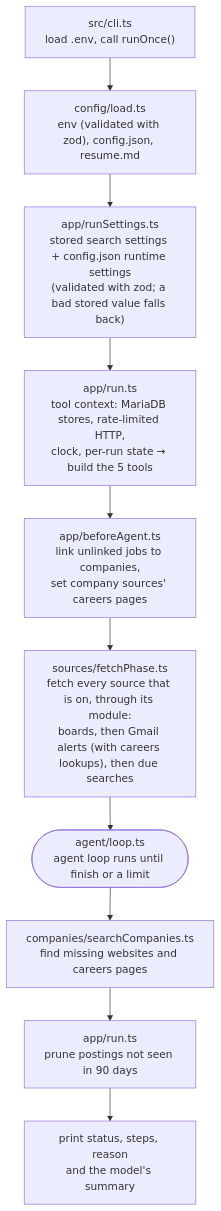
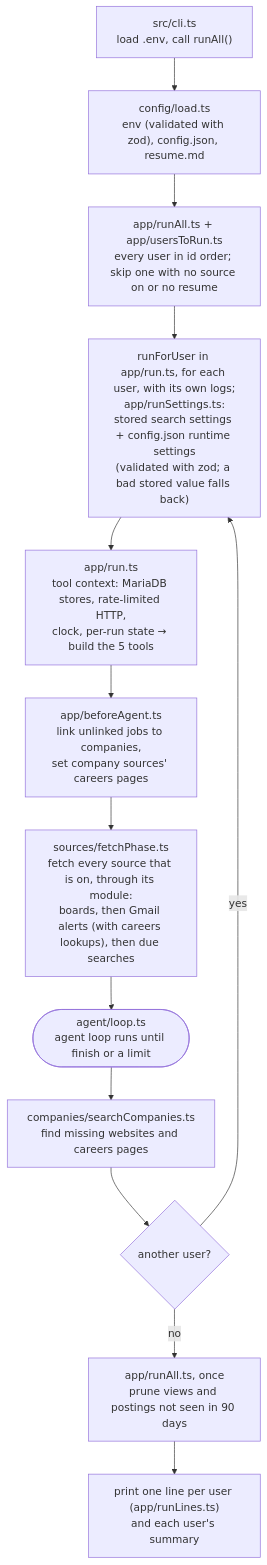
The first of 6 diagrams in docs/how-it-works.md (risingfish/myjobbot), drawn with Mermaid before and after one commit. The commit also changed other lines of this file and 172 other files, not shown here.

First line of the commit message:
Each account's own data (027) (#118)

````diff
--- a/docs/how-it-works.md
+++ b/docs/how-it-works.md
@@ -33,13 +33,16 @@
 ```mermaid
 flowchart TD
-    CLI["src/cli.ts<br/>load .env, call runOnce()"] --> CFG
-    CFG["config/load.ts<br/>env (validated with zod), config.json, resume.md"] --> SET
-    SET["app/runSettings.ts<br/>stored search settings + config.json runtime settings<br/>(validated with zod; a bad stored value falls back)"] --> CTX
+    CLI["src/cli.ts<br/>load .env, call runAll()"] --> CFG
+    CFG["config/load.ts<br/>env (validated with zod), config.json, resume.md"] --> PLAN
+    PLAN["app/runAll.ts + app/usersToRun.ts<br/>every user in id order; skip one with no source on or no resume"] --> SET
+    SET["runForUser in app/run.ts, for each user, with its own logs;<br/>app/runSettings.ts:<br/>stored search settings + config.json runtime settings<br/>(validated with zod; a bad stored value falls back)"] --> CTX
     CTX["app/run.ts<br/>tool context: MariaDB stores, rate-limited HTTP,<br/>clock, per-run state → build the 5 tools"] --> LINK
     LINK["app/beforeAgent.ts<br/>link unlinked jobs to companies,<br/>set company sources' careers pages"] --> FETCH
     FETCH["sources/fetchPhase.ts<br/>fetch every source that is on, through its module:<br/>boards, then Gmail alerts (with careers lookups), then due searches"] --> LOOP
     LOOP(["agent/loop.ts<br/>agent loop runs until finish or a limit"]) --> SEARCH
-    SEARCH["companies/searchCompanies.ts<br/>find missing websites and careers pages"] --> PRUNE
-    PRUNE["app/run.ts<br/>prune postings not seen in 90 days"] --> OUT
-    OUT["print status, steps, reason<br/>and the model's summary"]
+    SEARCH["companies/searchCompanies.ts<br/>find missing websites and careers pages"] --> NEXT
+    NEXT{"another user?"} -->|yes| SET
+    NEXT -->|no| PRUNE
+    PRUNE["app/runAll.ts, once<br/>prune views and postings not seen in 90 days"] --> OUT
+    OUT["print one line per user (app/runLines.ts)<br/>and each user's summary"]
 ```
````
